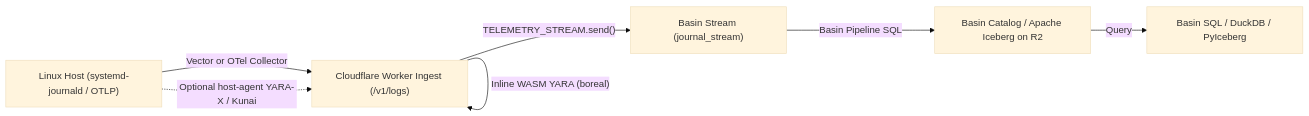
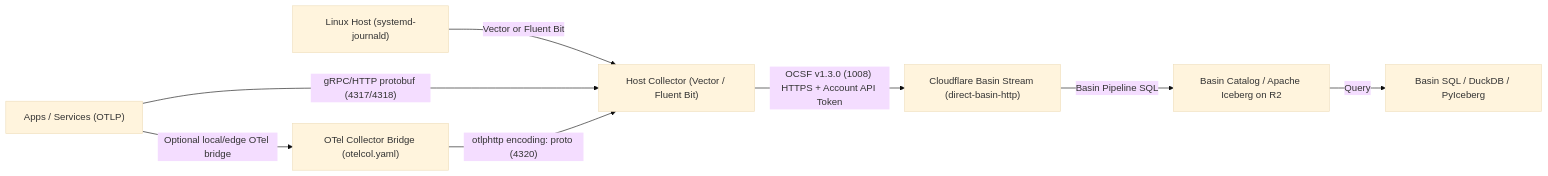
Before and after one commit to secureta/open-observability-framework: the diagram in README.md, drawn with Mermaid (base theme). The commit also changed other lines of this file and 40 other files, not shown here.

Commit message:
refactor: standardize on OCSF v1.3.0 direct Basin HTTP and multi-collector adapters

````diff
--- a/README.md
+++ b/README.md
@@ -11,9 +11,10 @@
 ```mermaid
 flowchart LR
-  Host["Linux Host (systemd-journald / OTLP)"] -->|"Vector or OTel Collector"| Worker["Cloudflare Worker Ingest (/v1/logs)"]
-  Host -.->|"Optional host-agent YARA-X / Kunai"| Worker
-  Worker -->|"Inline WASM YARA (boreal)"| Worker
-  Worker -->|"TELEMETRY_STREAM.send()"| Stream["Basin Stream (journal_stream)"]
-  Stream -->|"Basin Pipeline SQL"| Iceberg["Basin Catalog / Apache Iceberg on R2"]
+  Host["Linux Host (systemd-journald)"] -->|"Vector or Fluent Bit"| Collect["Host Collector (Vector / Fluent Bit)"]
+  Apps["Apps / Services (OTLP)"] -->|"gRPC/HTTP protobuf (4317/4318)"| Collect
+  Apps -->|"Optional local/edge OTel bridge"| OTel["OTel Collector Bridge (otelcol.yaml)"]
+  OTel -->|"otlphttp encoding: proto (4320)"| Collect
+  Collect -->|"OCSF v1.3.0 (1008) HTTPS + Account API Token"| Basin["Cloudflare Basin Stream (direct-basin-http)"]
+  Basin -->|"Basin Pipeline SQL"| Iceberg["Basin Catalog / Apache Iceberg on R2"]
   Iceberg -->|"Query"| Query["Basin SQL / DuckDB / PyIceberg"]
 ```
````
